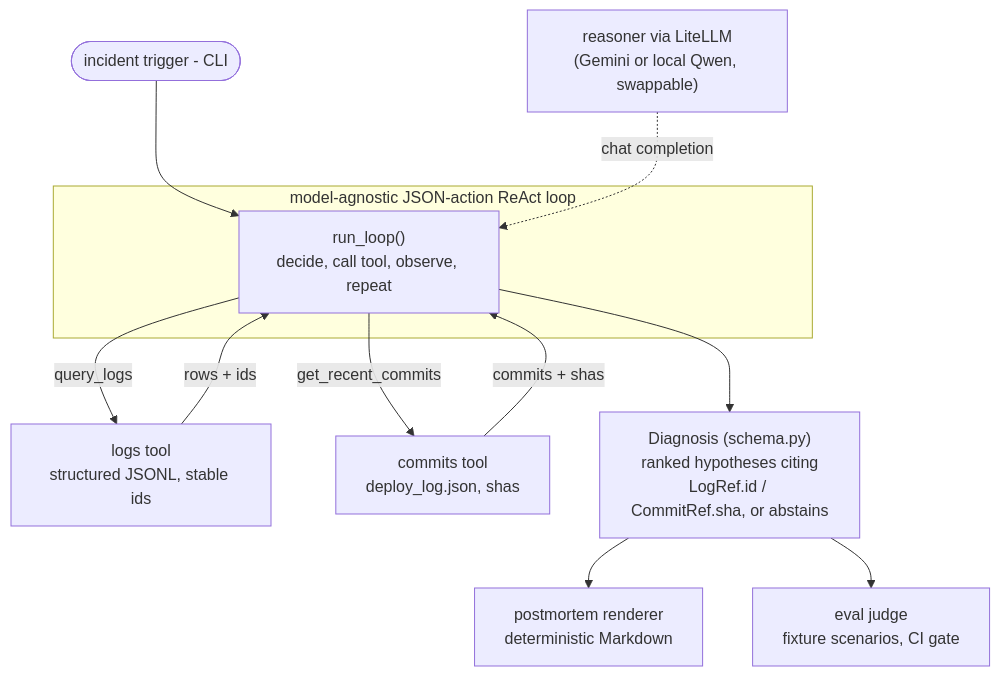
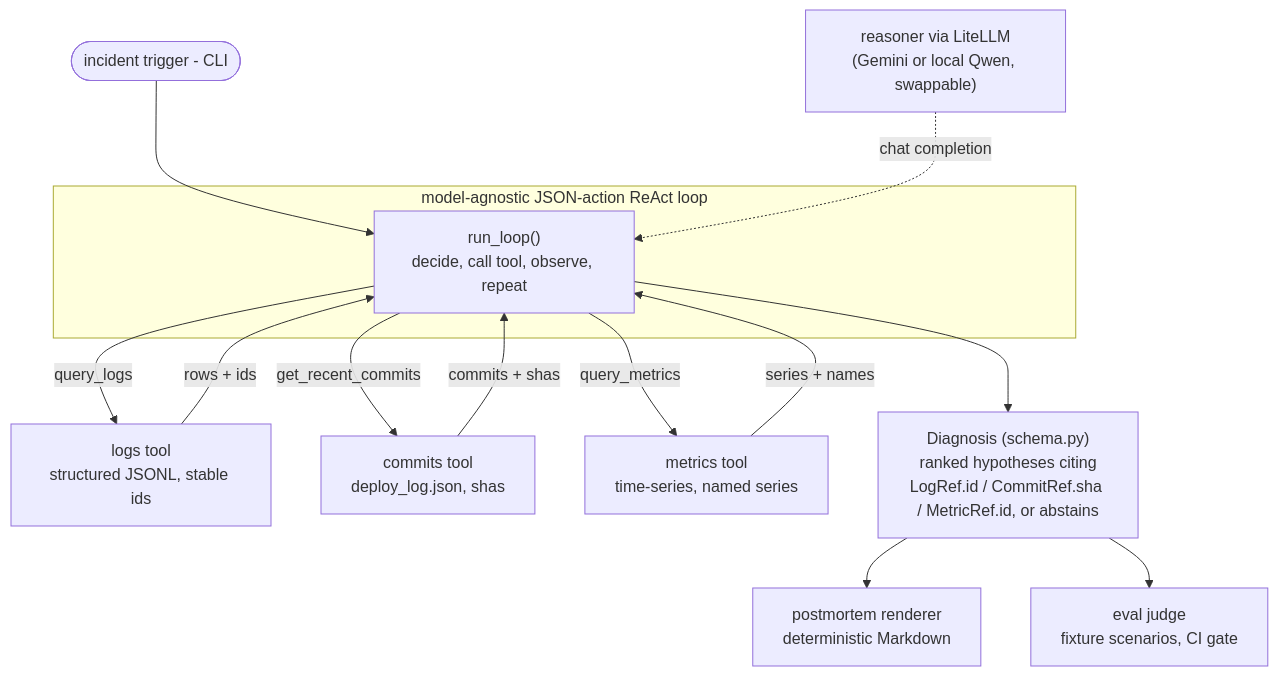
One commit to Rajeev-Shyam/Quellgeist changed the diagram in README.md. Above: the diagram before and after it, drawn with Mermaid. The commit also changed other lines of this file and 2 other files, not shown here.

````diff
--- a/README.md
+++ b/README.md
@@ -69,18 +71,20 @@
 ```mermaid
 flowchart TD
     trigger(["incident trigger - CLI"]) --> loop
     model["reasoner via LiteLLM<br/>(Gemini or local Qwen, swappable)"] -. "chat completion" .-> loop
 
     subgraph loopbox["model-agnostic JSON-action ReAct loop"]
       loop["run_loop()<br/>decide, call tool, observe, repeat"]
     end
 
     loop -- "query_logs" --> logs["logs tool<br/>structured JSONL, stable ids"]
     loop -- "get_recent_commits" --> commits["commits tool<br/>deploy_log.json, shas"]
+    loop -- "query_metrics" --> metrics["metrics tool<br/>time-series, named series"]
     logs -- "rows + ids" --> loop
     commits -- "commits + shas" --> loop
+    metrics -- "series + names" --> loop
 
-    loop --> diag["Diagnosis (schema.py)<br/>ranked hypotheses citing<br/>LogRef.id / CommitRef.sha, or abstains"]
+    loop --> diag["Diagnosis (schema.py)<br/>ranked hypotheses citing<br/>LogRef.id / CommitRef.sha / MetricRef.id, or abstains"]
     diag --> pm["postmortem renderer<br/>deterministic Markdown"]
     diag --> judge["eval judge<br/>fixture scenarios, CI gate"]
 ```
````
